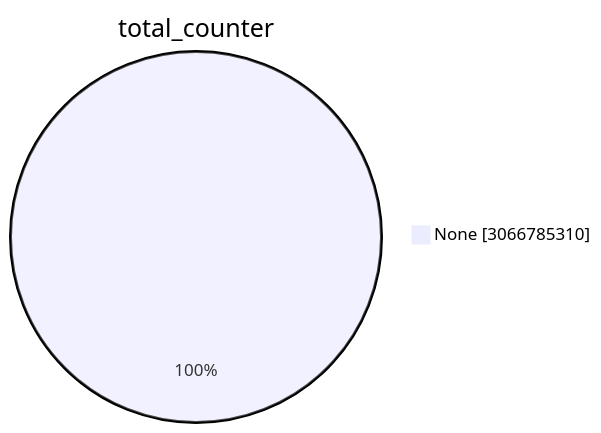
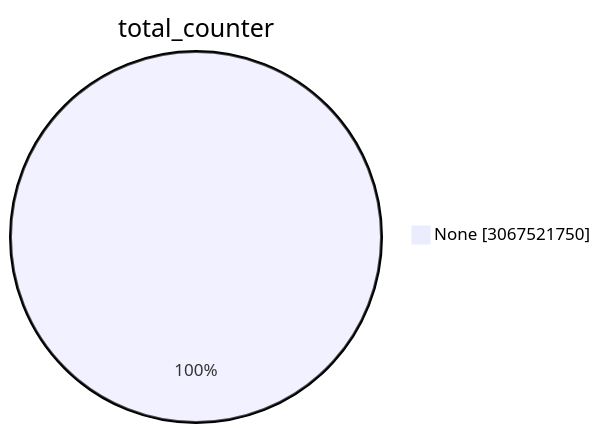
Before and after one commit to christiankrug/ctmonitor_visualization: the first of 15 diagrams in TOTAL/README.md, drawn with Mermaid. The commit also changed other lines of this file, not shown here.

````diff
--- a/TOTAL/README.md
+++ b/TOTAL/README.md
@@ -1,5 +1,5 @@
 ```mermaid
 pie showData
 title total_counter
-"None" :3066785310
+"None" :3067521750
 ```
````
